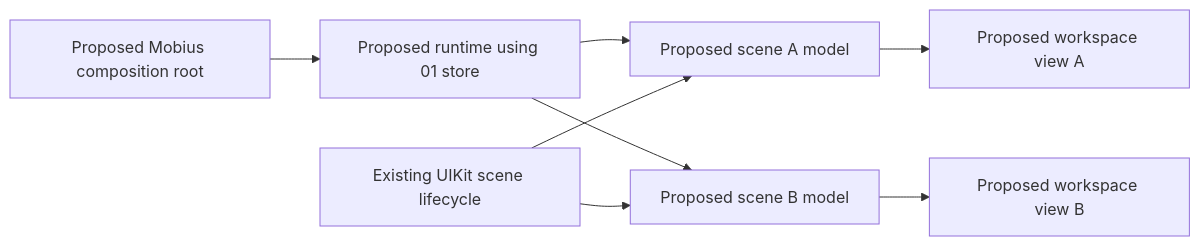
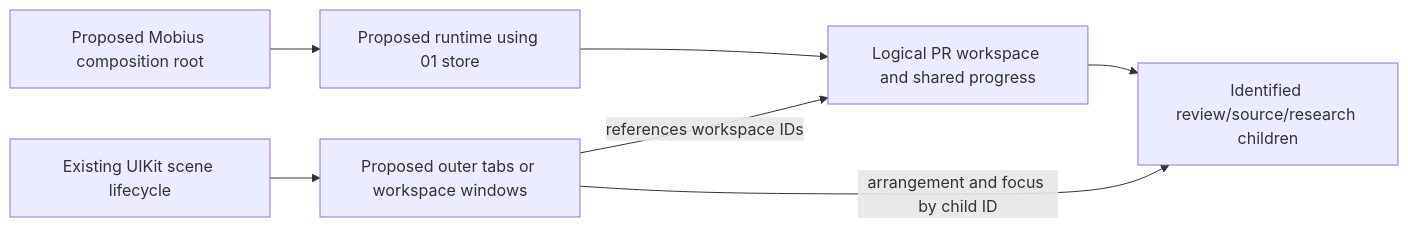
Before and after one commit to kyleve/Stuff: the diagram in Plans/2026-11-14-mobius/02-application-workspace.md, drawn with Mermaid. The commit also changed other lines of this file and 7 other files, not shown here.

Commit message:
Clarify logical Mobius workspaces and child window restoration

````diff
--- a/Plans/2026-11-14-mobius/02-application-workspace.md
+++ b/Plans/2026-11-14-mobius/02-application-workspace.md
@@ -32,10 +32,9 @@
 ```mermaid
 flowchart LR
     Root["Proposed Mobius composition root"] --> Runtime["Proposed runtime using 01 store"]
-    Runtime --> A["Proposed scene A model"]
-    Runtime --> B["Proposed scene B model"]
-    A --> ViewA["Proposed workspace view A"]
-    B --> ViewB["Proposed workspace view B"]
-    Native["Existing UIKit scene lifecycle"] --> A
-    Native --> B
+    Runtime --> Workspace["Logical PR workspace and shared progress"]
+    Workspace --> Children["Identified review/source/research children"]
+    Native["Existing UIKit scene lifecycle"] --> Presentation["Proposed outer tabs or workspace windows"]
+    Presentation -->|references workspace IDs| Workspace
+    Presentation -->|arrangement and focus by child ID| Children
 ```
````
